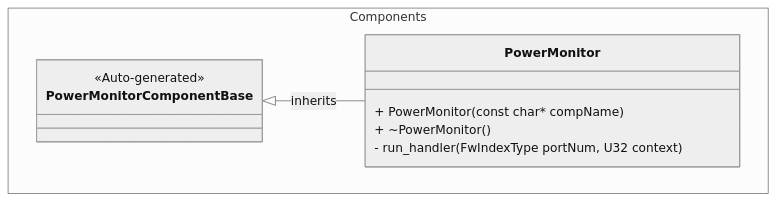
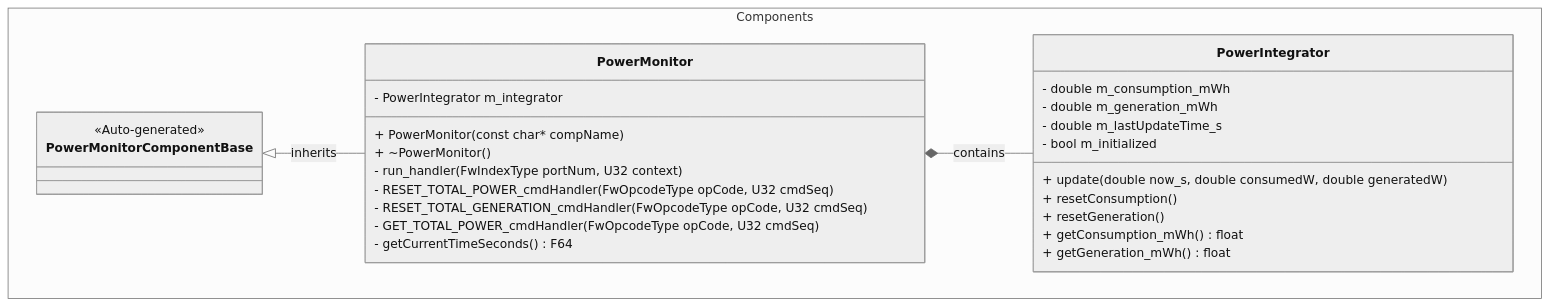
The first of 2 diagrams in PROVESFlightControllerReference/Components/PowerMonitor/docs/sdd.md (Open-Source-Space-Foundation/proves-core-reference), drawn with Mermaid (neutral theme) before and after one commit. The commit also changed other lines of this file and 1 other file, not shown here.

First line of the commit message:
docs(PowerMonitor): document energy totals in Simplified Technical English

````diff
--- a/PROVESFlightControllerReference/Components/PowerMonitor/docs/sdd.md
+++ b/PROVESFlightControllerReference/Components/PowerMonitor/docs/sdd.md
@@ -23,14 +77,31 @@
 ```mermaid
 classDiagram
     namespace Components {
         class PowerMonitorComponentBase {
             <<Auto-generated>>
         }
         class PowerMonitor {
+            - PowerIntegrator m_integrator
             + PowerMonitor(const char* compName)
             + ~PowerMonitor()
             - run_handler(FwIndexType portNum, U32 context)
+            - RESET_TOTAL_POWER_cmdHandler(FwOpcodeType opCode, U32 cmdSeq)
+            - RESET_TOTAL_GENERATION_cmdHandler(FwOpcodeType opCode, U32 cmdSeq)
+            - GET_TOTAL_POWER_cmdHandler(FwOpcodeType opCode, U32 cmdSeq)
+            - getCurrentTimeSeconds() F64
+        }
+        class PowerIntegrator {
+            - double m_consumption_mWh
+            - double m_generation_mWh
+            - double m_lastUpdateTime_s
+            - bool m_initialized
+            + update(double now_s, double consumedW, double generatedW)
+            + resetConsumption()
+            + resetGeneration()
+            + getConsumption_mWh() float
+            + getGeneration_mWh() float
         }
     }
     PowerMonitorComponentBase <|-- PowerMonitor : inherits
+    PowerMonitor *-- PowerIntegrator : contains
 ```
````
